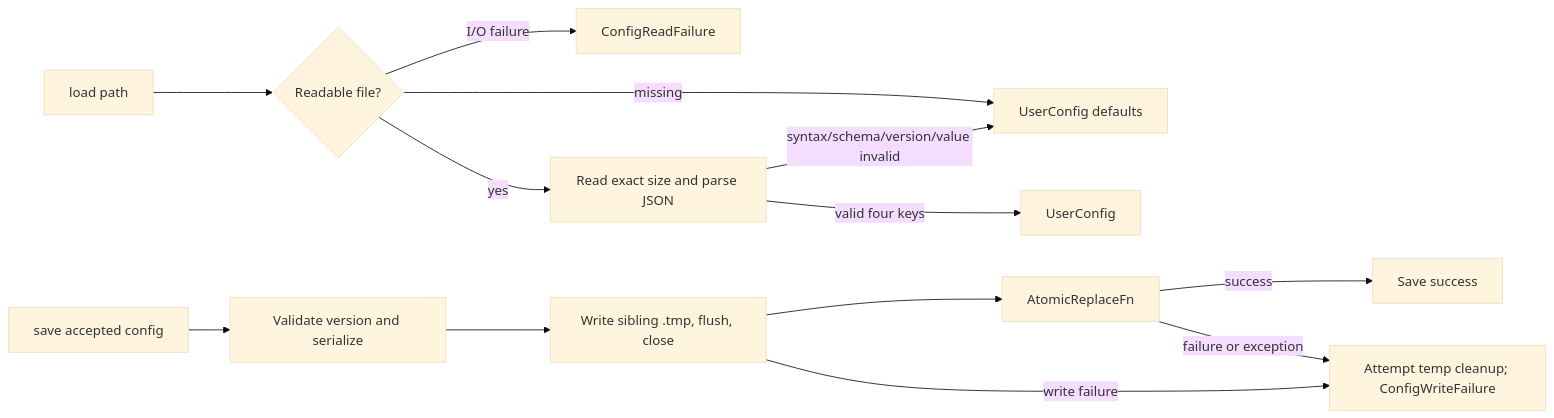
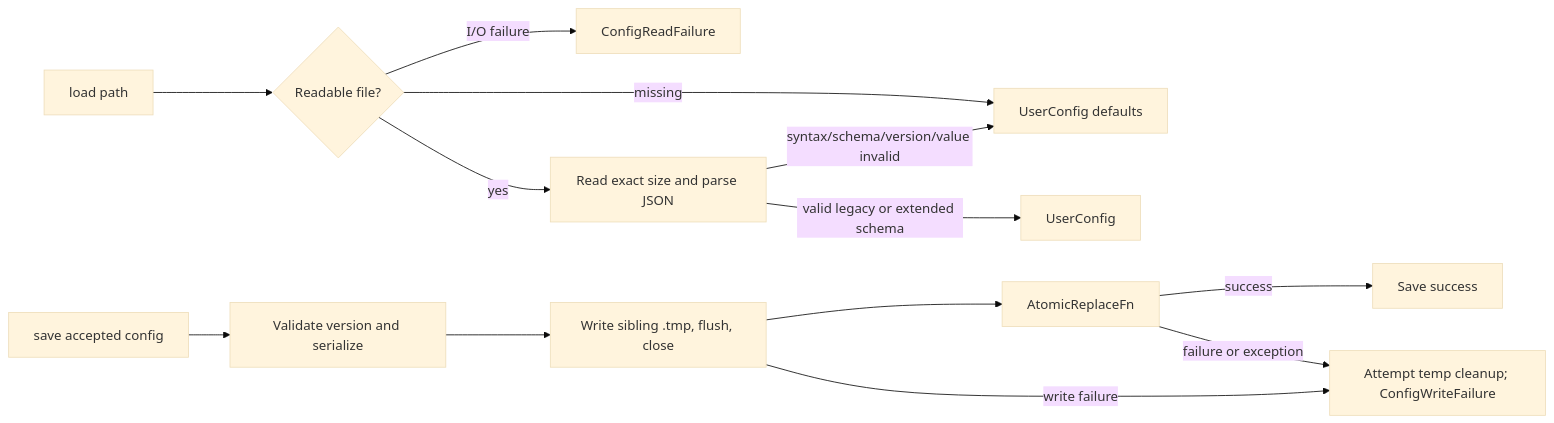
Before and after one commit to Mes0903/avb0795: the sixth of 7 diagrams in docs/architecture/application-ui.md, drawn with Mermaid (base theme). The commit also changed other lines of this file and 24 other files, not shown here.

````diff
--- a/docs/architecture/application-ui.md
+++ b/docs/architecture/application-ui.md
@@ -163,15 +168,15 @@
 ```mermaid
 flowchart LR
     L[load path] --> R{Readable file?}
     R -->|missing| D[UserConfig defaults]
     R -->|I/O failure| E[ConfigReadFailure]
     R -->|yes| P[Read exact size and parse JSON]
     P -->|syntax/schema/version/value invalid| D
-    P -->|valid four keys| C[UserConfig]
+    P -->|valid legacy or extended schema| C[UserConfig]
     S[save accepted config] --> V[Validate version and serialize]
     V --> T[Write sibling .tmp, flush, close]
     T --> A[AtomicReplaceFn]
     A -->|success| OK[Save success]
     A -->|failure or exception| F[Attempt temp cleanup; ConfigWriteFailure]
     T -->|write failure| F
 ```
````
